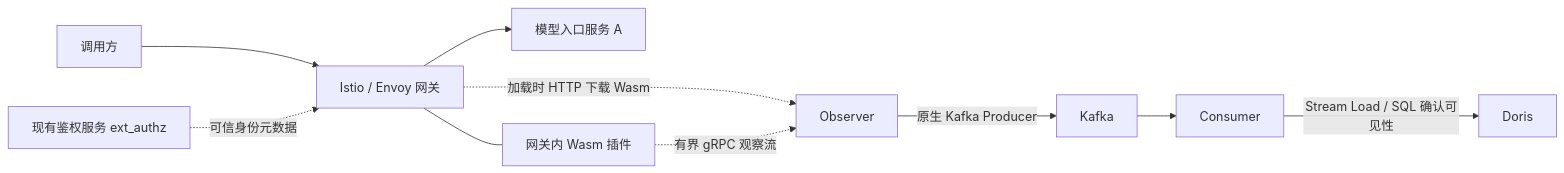
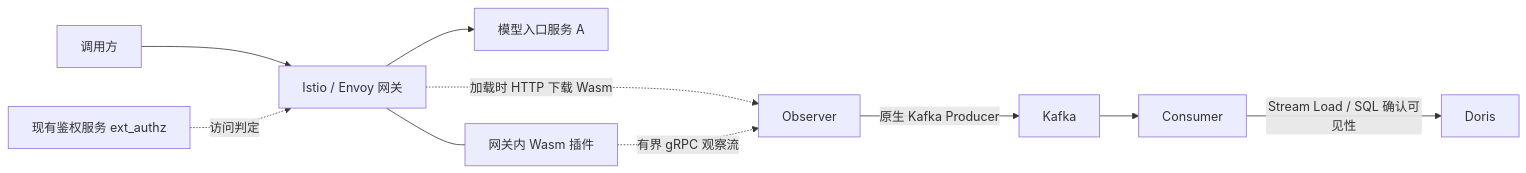
One commit to Fangyan33/llm-token-stats changed the diagram in README.md. Above: the diagram before and after it, drawn with Mermaid. The commit also changed other lines of this file and 94 other files, not shown here.

````diff
--- a/README.md
+++ b/README.md
@@ -9,12 +11,12 @@
 ```mermaid
 flowchart LR
     Client[调用方] --> Gateway[Istio / Envoy 网关]
     Gateway --> Model[模型入口服务 A]
-    Auth[现有鉴权服务 ext_authz] -. 可信身份元数据 .-> Gateway
+    Auth[现有鉴权服务 ext_authz] -. 访问判定 .-> Gateway
     Gateway --- Wasm[网关内 Wasm 插件]
     Gateway -. 加载时 HTTP 下载 Wasm .-> Observer
     Wasm -. 有界 gRPC 观察流 .-> Observer
     Observer -->|原生 Kafka Producer| Kafka
     Kafka --> Consumer
     Consumer -->|Stream Load / SQL 确认可见性| Doris
 ```
````
